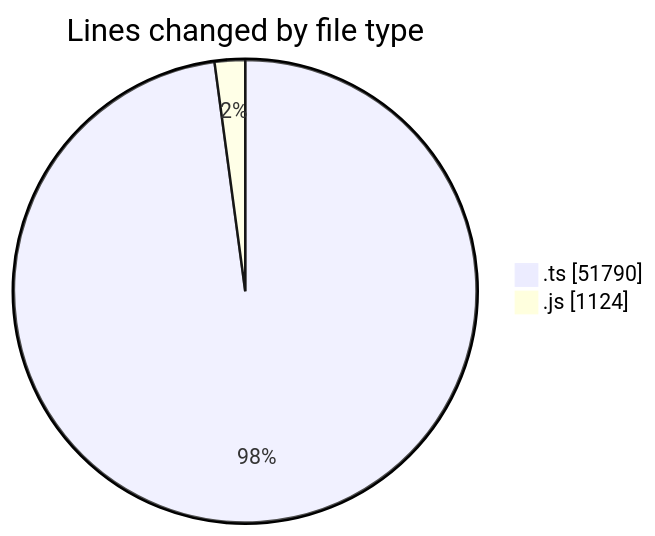
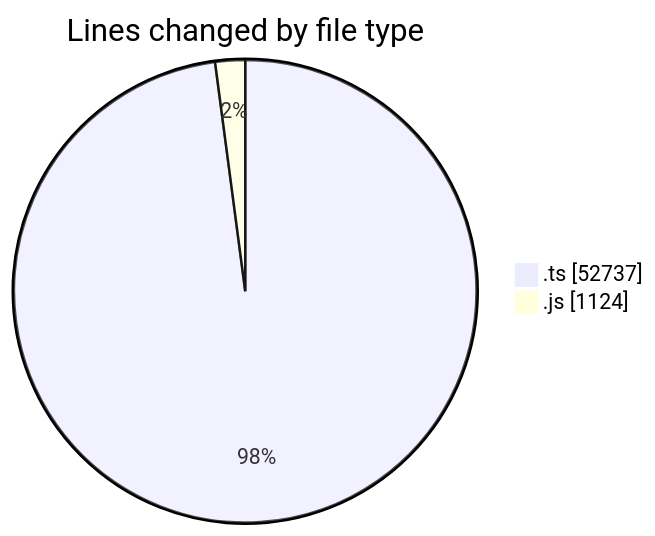
The first of 2 diagrams in 2026-10-23/cda/README.md (momahboobian/code-tracking), drawn with Mermaid before and after one commit. The commit also changed other lines of this file and 1 other file, not shown here.

````diff
--- a/2026-10-23/cda/README.md
+++ b/2026-10-23/cda/README.md
@@ -33,6 +34,6 @@
 ```mermaid
 pie showData
 title Lines changed by file type
-".ts" : 51790
+".ts" : 52737
 ".js" : 1124
 ```
````
